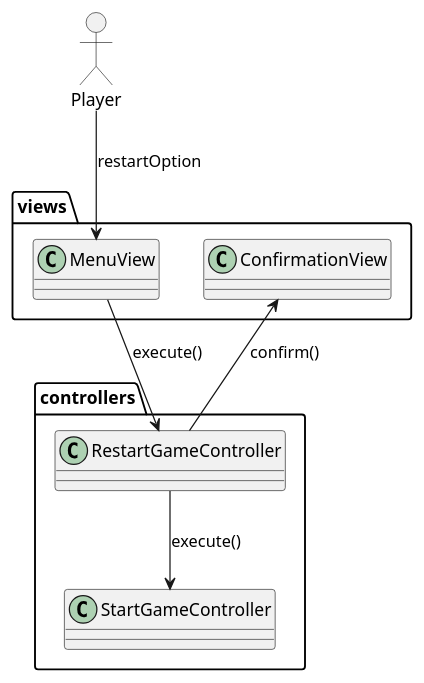
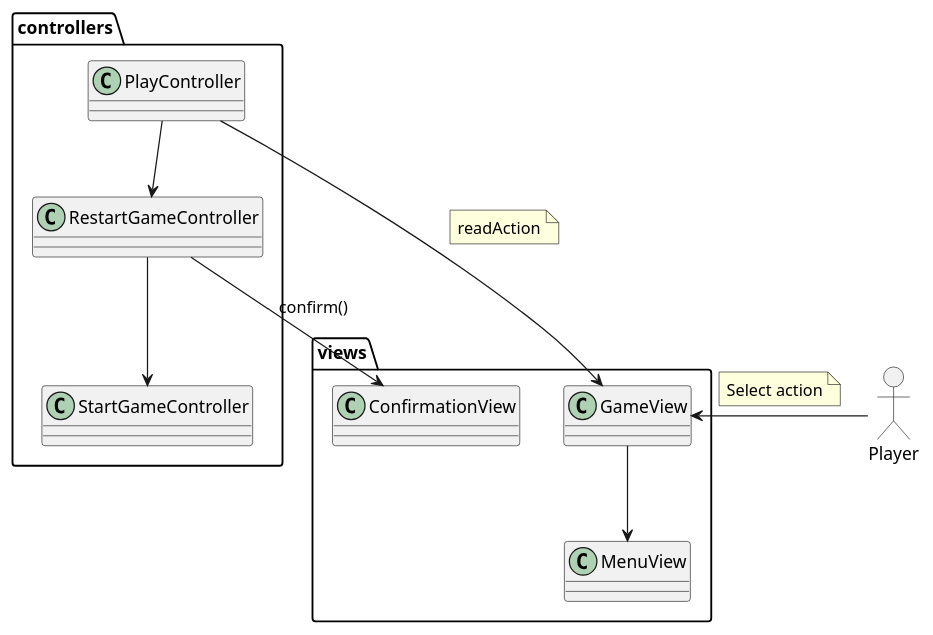
One commit to Troteaga/klondike changed the diagram in docs/logicView/analysisView/useCaseAnalysis/ReStartGame.plantuml. Above: the diagram before and after it, drawn with PlantUML. The commit also changed 5 other files, not shown here.

```diff
--- a/docs/logicView/analysisView/useCaseAnalysis/ReStartGame.plantuml
+++ b/docs/logicView/analysisView/useCaseAnalysis/ReStartGame.plantuml
@@ -1,20 +1,28 @@
 @startuml UCAnalysis ReStartGame
 
 mix_actor Player
 
 package views {
+  class GameView
   class MenuView
   class ConfirmationView
+  GameView --> MenuView
 }
 
 package controllers{
+    class PlayController
     class RestartGameController
     class StartGameController
+    PlayController --> RestartGameController
 }
 
-Player --> MenuView : restartOption
-MenuView --> RestartGameController : execute()
+Player -left-> GameView
+note on link: Select action
+
 RestartGameController --> ConfirmationView : confirm()
-RestartGameController --> StartGameController : execute()
+RestartGameController --> StartGameController
+
+PlayController --> GameView
+note on link: readAction
 
 @enduml
```
